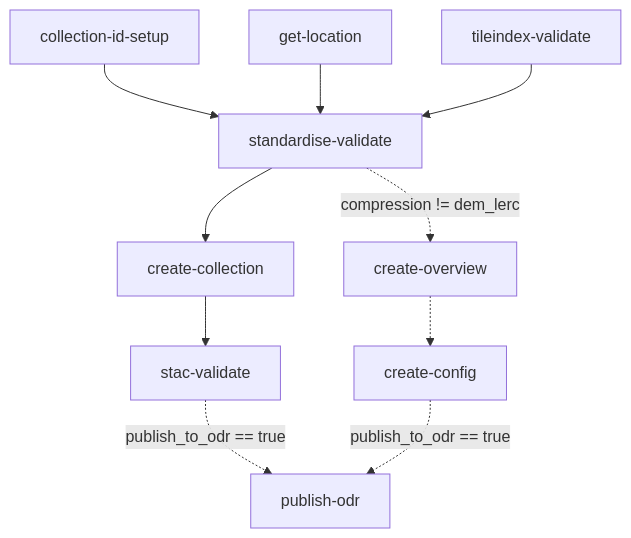
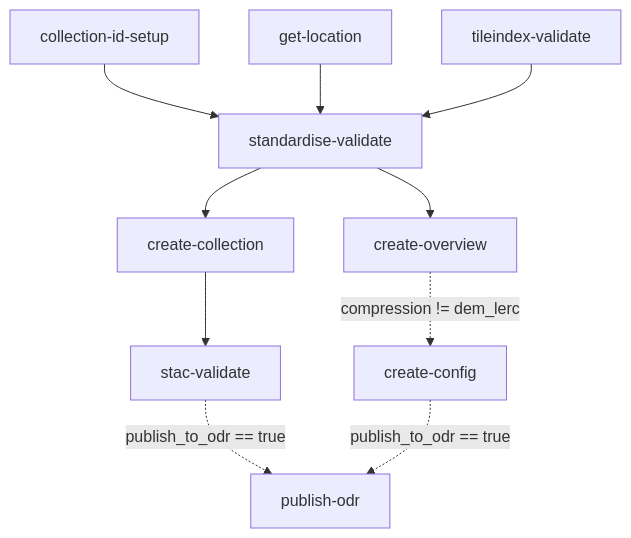
One commit to linz/topo-workflows changed the first of 3 diagrams in workflows/raster/README.md. Above: the diagram before and after it, drawn with Mermaid. The commit also changed 1 other file, not shown here.

Commit message:
fix: enable Basemaps preview for Elevation data TDE-1151 BM-932 (#543)
#### Motivation

Enable the Basemaps configuration for `dem_lerc`, as Basemaps now
supports previewing Elevation data.

#### Modification

Remove exclusion for `dem_lerc` preset.

#### Checklist

- [ ] Tests updated N/A
- [x] Docs updated
- [x] Issue linked in Title

````diff
--- a/workflows/raster/README.md
+++ b/workflows/raster/README.md
@@ -118,10 +118,10 @@
 ```mermaid
 graph TD;
     collection-id-setup-->standardise-validate;
     get-location-->standardise-validate;
     tileindex-validate-->standardise-validate;
     standardise-validate-->create-collection;
-    standardise-validate-.->|compression != dem_lerc|create-overview;
+    standardise-validate-->create-overview;
     create-collection-->stac-validate-.->|publish_to_odr == true|publish-odr;
-    create-overview-.->create-config-.->|publish_to_odr == true|publish-odr;
+    create-overview-.->|compression != dem_lerc|create-config-.->|publish_to_odr == true|publish-odr;
 ```
````
